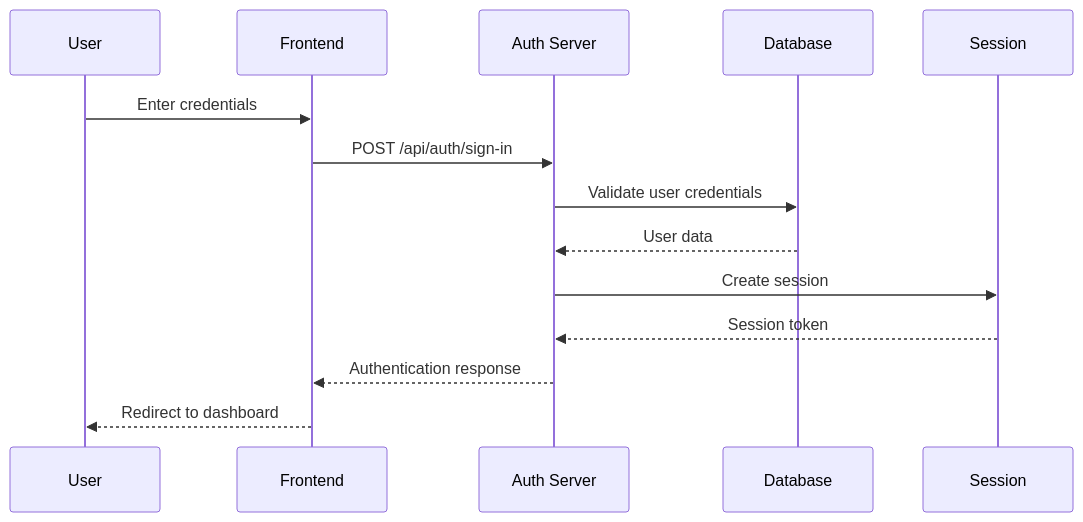
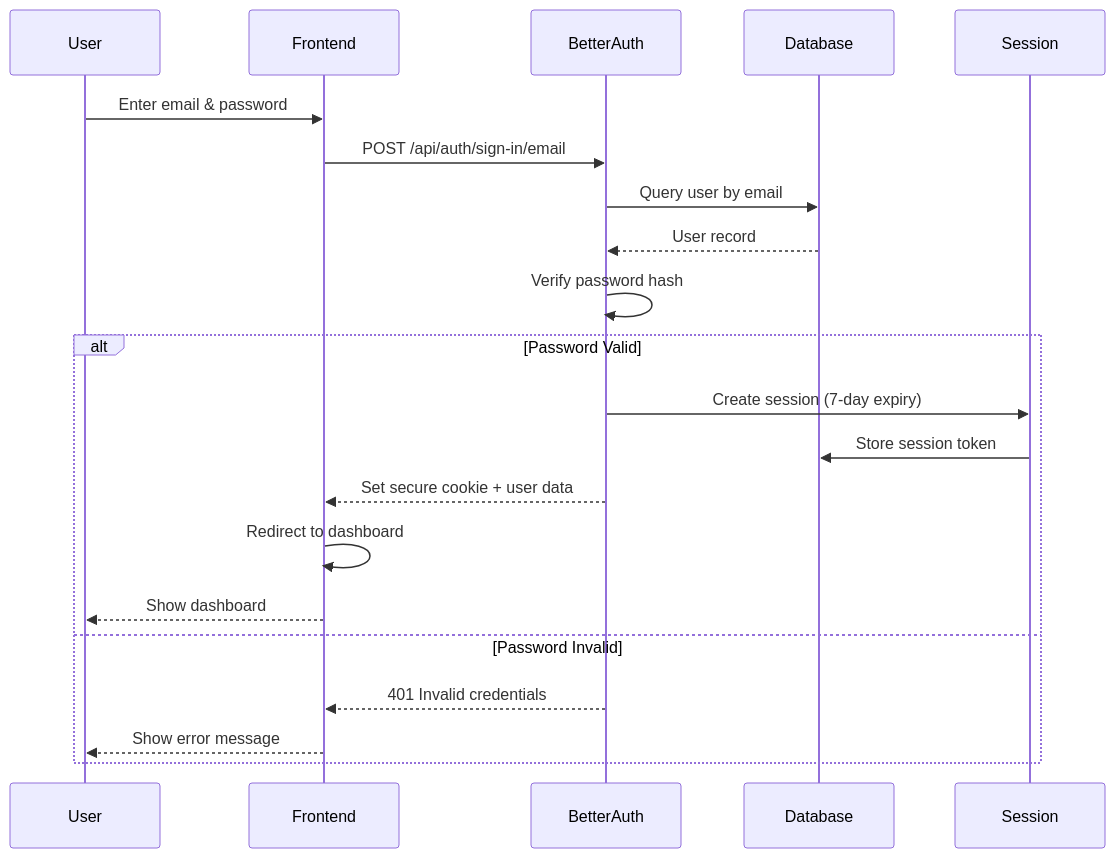
Before and after one commit to supercheck-io/supercheck: the second of 15 diagrams in specs/AUTHENTICATION.md, drawn with Mermaid. The commit also changed other lines of this file and 2 other files, not shown here.

First line of the commit message:
docs(specs): update API_KEY_SYSTEM, AUTHENTICATION, and add OBSERVABILITY specs

````diff
--- a/specs/AUTHENTICATION.md
+++ b/specs/AUTHENTICATION.md
@@ -43,17 +91,26 @@
 ```mermaid
 sequenceDiagram
-    participant U as User
-    participant F as Frontend
-    participant A as Auth Server
-    participant DB as Database
-    participant S as Session
-    
-    U->>F: Enter credentials
-    F->>A: POST /api/auth/sign-in
-    A->>DB: Validate user credentials
-    DB-->>A: User data
-    A->>S: Create session
-    S-->>A: Session token
-    A-->>F: Authentication response
-    F-->>U: Redirect to dashboard
+    participant User
+    participant Frontend
+    participant BetterAuth
+    participant Database
+    participant Session
+
+    User->>Frontend: Enter email & password
+    Frontend->>BetterAuth: POST /api/auth/sign-in/email
+    BetterAuth->>Database: Query user by email
+    Database-->>BetterAuth: User record
+
+    BetterAuth->>BetterAuth: Verify password hash
+
+    alt Password Valid
+        BetterAuth->>Session: Create session (7-day expiry)
+        Session->>Database: Store session token
+        BetterAuth-->>Frontend: Set secure cookie + user data
+        Frontend->>Frontend: Redirect to dashboard
+        Frontend-->>User: Show dashboard
+    else Password Invalid
+        BetterAuth-->>Frontend: 401 Invalid credentials
+        Frontend-->>User: Show error message
+    end
 ```
````
